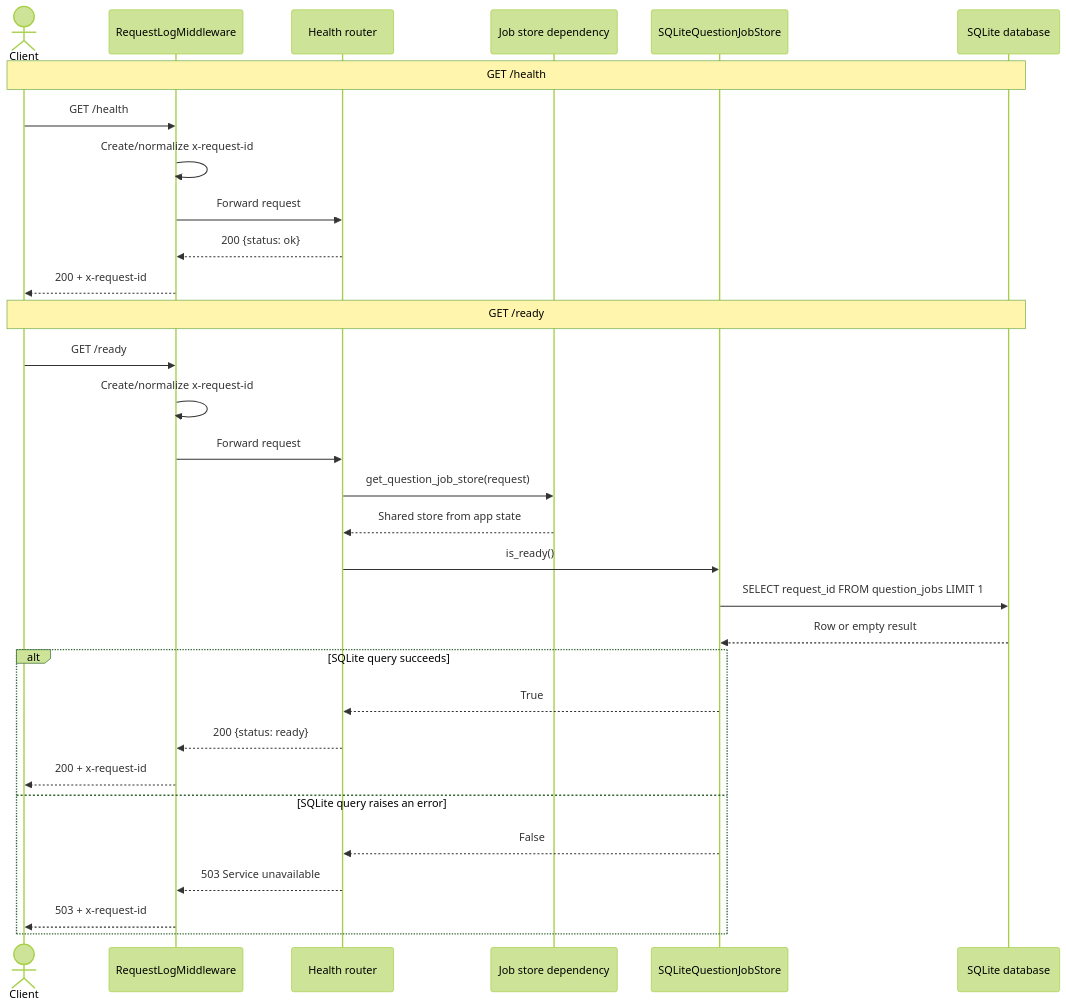
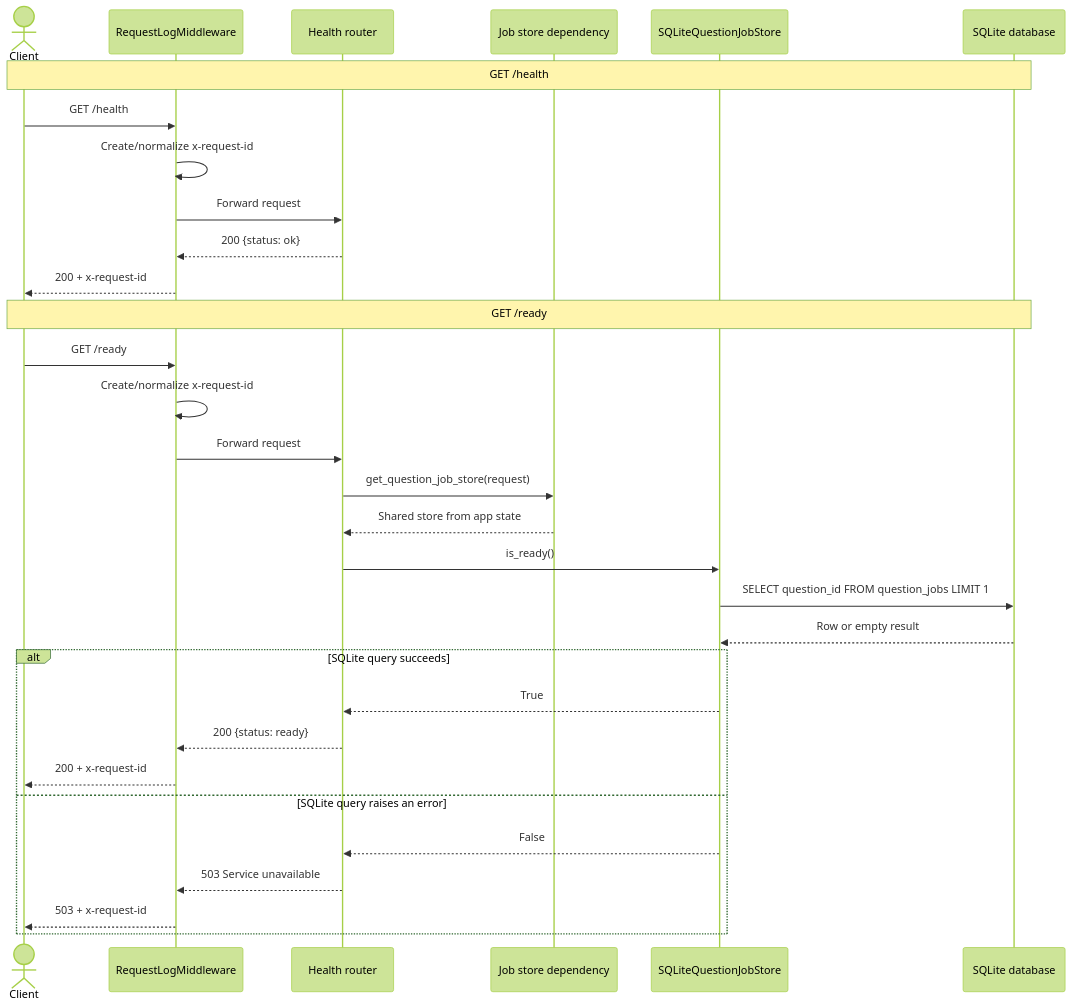
The diagram in docs/other-apis-sequence.md (jasmine-post-pdx/rag-chatbot), drawn with Mermaid (forest theme) before and after one commit. The commit also changed other lines of this file and 21 other files, not shown here.

First line of the commit message:
refactor: rename request_id to question_id across the application

````diff
--- a/docs/other-apis-sequence.md
+++ b/docs/other-apis-sequence.md
@@ -32,36 +32,36 @@
 ```mermaid
 sequenceDiagram
     actor Client
     participant MW as RequestLogMiddleware
     participant API as Health router
     participant Dep as Job store dependency
     participant Store as SQLiteQuestionJobStore
     participant DB as SQLite database
 
     Note over Client,DB: GET /health
     Client->>MW: GET /health
     MW->>MW: Create/normalize x-request-id
     MW->>API: Forward request
     API-->>MW: 200 {status: ok}
     MW-->>Client: 200 + x-request-id
 
     Note over Client,DB: GET /ready
     Client->>MW: GET /ready
     MW->>MW: Create/normalize x-request-id
     MW->>API: Forward request
     API->>Dep: get_question_job_store(request)
     Dep-->>API: Shared store from app state
     API->>Store: is_ready()
-    Store->>DB: SELECT request_id FROM question_jobs LIMIT 1
+    Store->>DB: SELECT question_id FROM question_jobs LIMIT 1
     DB-->>Store: Row or empty result
 
     alt SQLite query succeeds
         Store-->>API: True
         API-->>MW: 200 {status: ready}
         MW-->>Client: 200 + x-request-id
     else SQLite query raises an error
         Store-->>API: False
         API-->>MW: 503 Service unavailable
         MW-->>Client: 503 + x-request-id
     end
 ```
````
